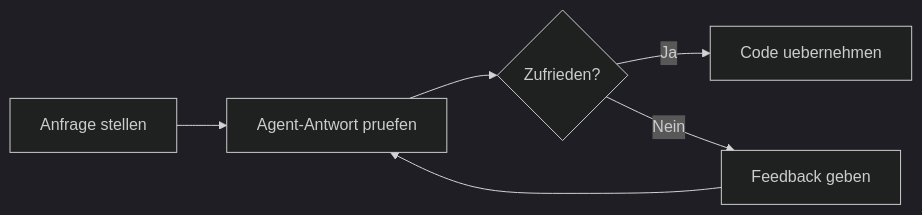
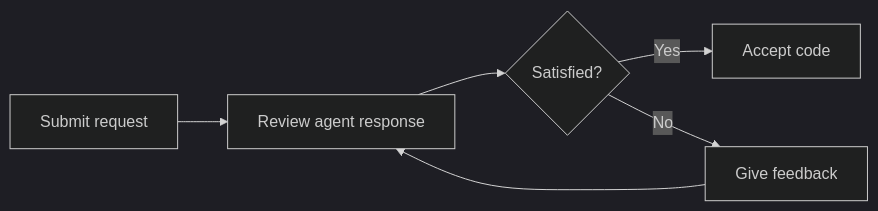
The diagram in assets/mkdocs/getting-started/quick-start.md (atstaeff/ai-agents), drawn with Mermaid (dark theme) before and after one commit. The commit also changed other lines of this file and 17 other files, not shown here.

````diff
--- a/assets/mkdocs/getting-started/quick-start.md
+++ b/assets/mkdocs/getting-started/quick-start.md
@@ -71,8 +71,8 @@
 ```mermaid
 graph LR
-    A[Anfrage stellen] --> B[Agent-Antwort pruefen]
-    B --> C{Zufrieden?}
-    C -->|Ja| D[Code uebernehmen]
-    C -->|Nein| E[Feedback geben]
+    A[Submit request] --> B[Review agent response]
+    B --> C{Satisfied?}
+    C -->|Yes| D[Accept code]
+    C -->|No| E[Give feedback]
     E --> B
 ```
````
